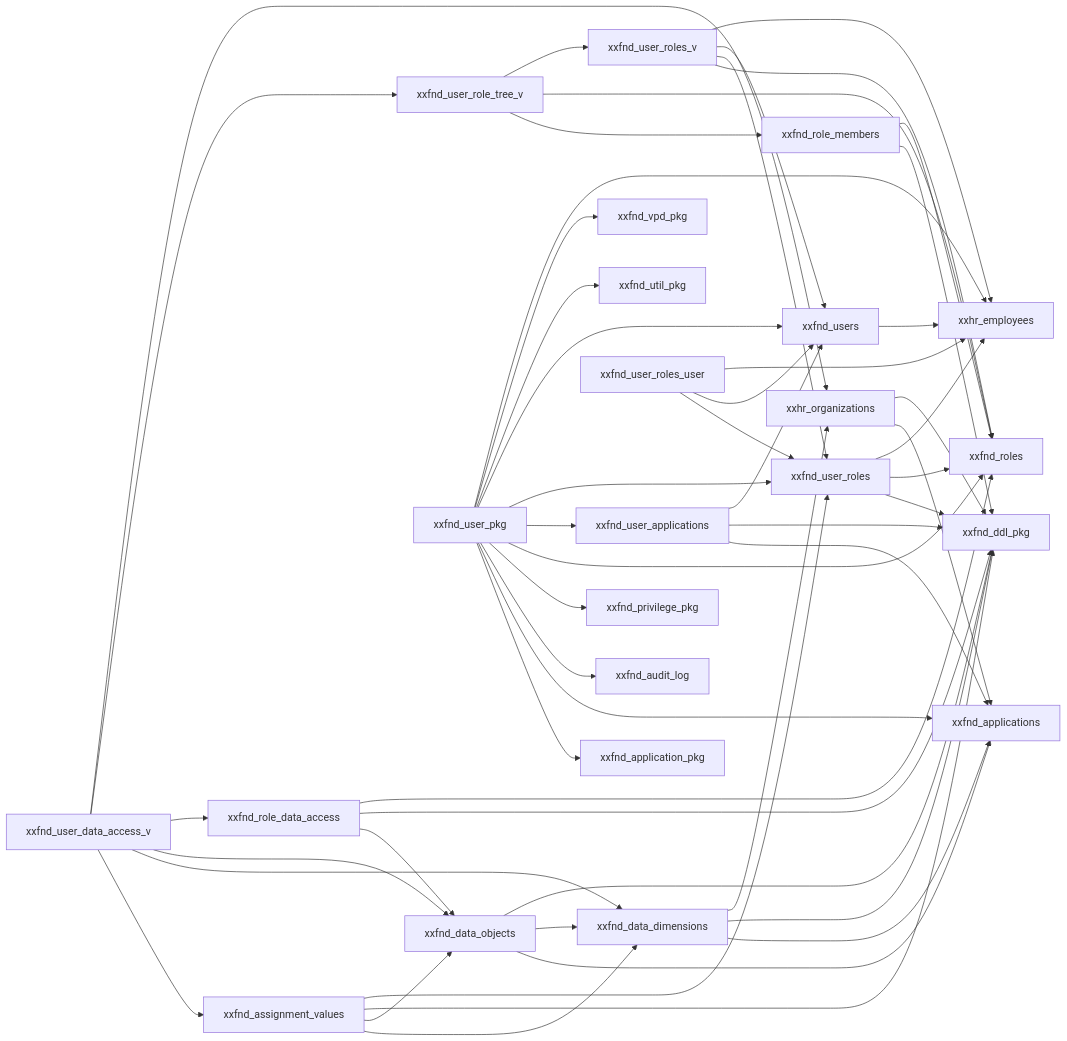
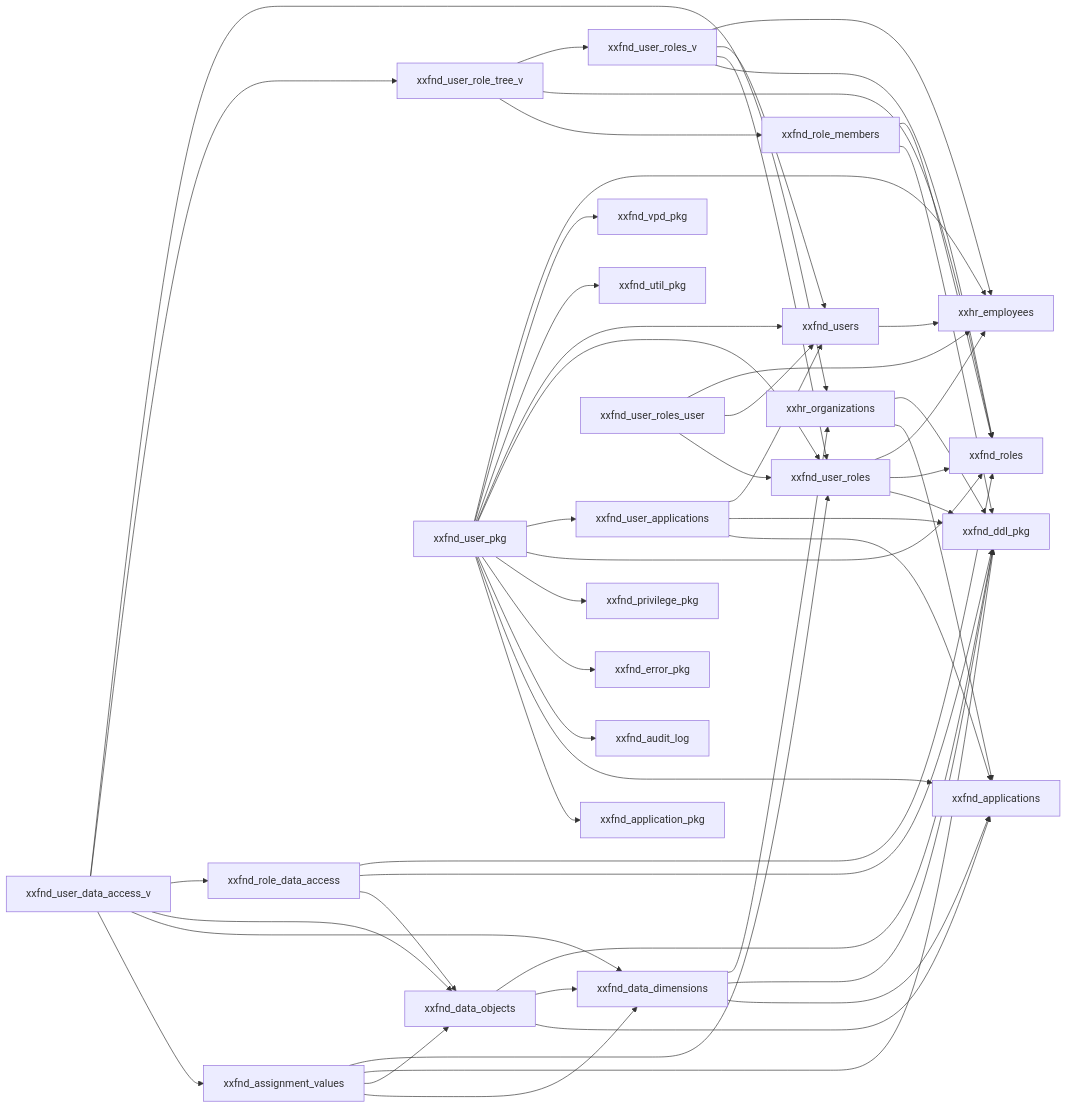
Before and after one commit to mazharr-hussain/KycReport: the diagram in repos/common/db/deploy/diagrams/users-access.md, drawn with Mermaid. The commit also changed 476 other files, not shown here.

````diff
--- a/repos/common/db/deploy/diagrams/users-access.md
+++ b/repos/common/db/deploy/diagrams/users-access.md
@@ -3,54 +3,55 @@
 ```mermaid
 graph LR
     xxfnd_assignment_values --> xxfnd_data_dimensions
     xxfnd_assignment_values --> xxfnd_data_objects
     xxfnd_assignment_values --> xxfnd_ddl_pkg
     xxfnd_assignment_values --> xxfnd_user_roles
     xxfnd_data_dimensions --> xxfnd_applications
     xxfnd_data_dimensions --> xxfnd_ddl_pkg
     xxfnd_data_dimensions --> xxhr_organizations
     xxfnd_data_objects --> xxfnd_applications
     xxfnd_data_objects --> xxfnd_data_dimensions
     xxfnd_data_objects --> xxfnd_ddl_pkg
     xxfnd_role_data_access --> xxfnd_data_objects
     xxfnd_role_data_access --> xxfnd_ddl_pkg
     xxfnd_role_data_access --> xxfnd_roles
     xxfnd_role_members --> xxfnd_ddl_pkg
     xxfnd_role_members --> xxfnd_roles
     xxfnd_user_applications --> xxfnd_applications
     xxfnd_user_applications --> xxfnd_ddl_pkg
     xxfnd_user_applications --> xxfnd_users
     xxfnd_user_data_access_v --> xxfnd_assignment_values
     xxfnd_user_data_access_v --> xxfnd_data_dimensions
     xxfnd_user_data_access_v --> xxfnd_data_objects
     xxfnd_user_data_access_v --> xxfnd_role_data_access
     xxfnd_user_data_access_v --> xxfnd_user_role_tree_v
     xxfnd_user_data_access_v --> xxhr_organizations
     xxfnd_user_pkg --> xxfnd_application_pkg
     xxfnd_user_pkg --> xxfnd_applications
     xxfnd_user_pkg --> xxfnd_audit_log
+    xxfnd_user_pkg --> xxfnd_error_pkg
     xxfnd_user_pkg --> xxfnd_privilege_pkg
     xxfnd_user_pkg --> xxfnd_roles
     xxfnd_user_pkg --> xxfnd_user_applications
     xxfnd_user_pkg --> xxfnd_user_roles
     xxfnd_user_pkg --> xxfnd_users
     xxfnd_user_pkg --> xxfnd_util_pkg
     xxfnd_user_pkg --> xxfnd_vpd_pkg
     xxfnd_user_pkg --> xxhr_employees
     xxfnd_user_role_tree_v --> xxfnd_role_members
     xxfnd_user_role_tree_v --> xxfnd_roles
     xxfnd_user_role_tree_v --> xxfnd_user_roles_v
     xxfnd_user_roles --> xxfnd_ddl_pkg
     xxfnd_user_roles --> xxfnd_roles
     xxfnd_user_roles --> xxhr_employees
     xxfnd_user_roles_user --> xxfnd_user_roles
     xxfnd_user_roles_user --> xxfnd_users
     xxfnd_user_roles_user --> xxhr_employees
     xxfnd_user_roles_v --> xxfnd_roles
     xxfnd_user_roles_v --> xxfnd_user_roles
     xxfnd_user_roles_v --> xxfnd_users
     xxfnd_user_roles_v --> xxhr_employees
     xxfnd_users --> xxhr_employees
     xxhr_organizations --> xxfnd_applications
     xxhr_organizations --> xxfnd_ddl_pkg
 ```
````
